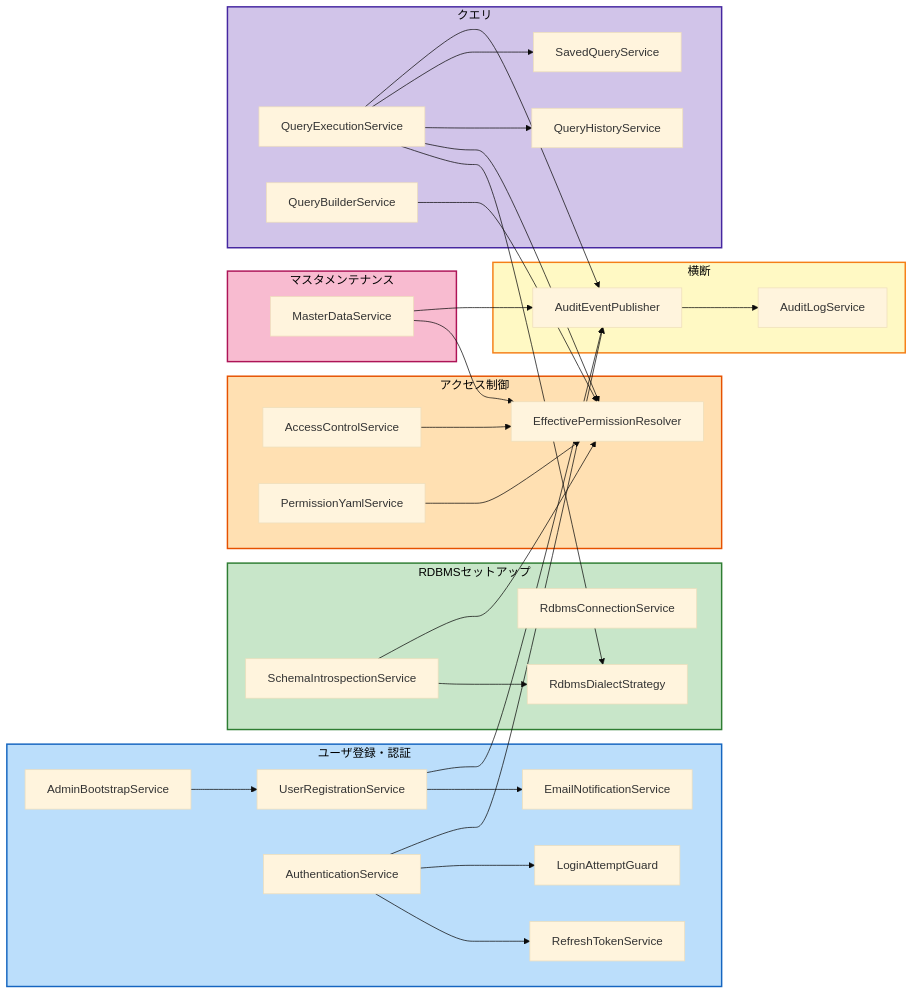
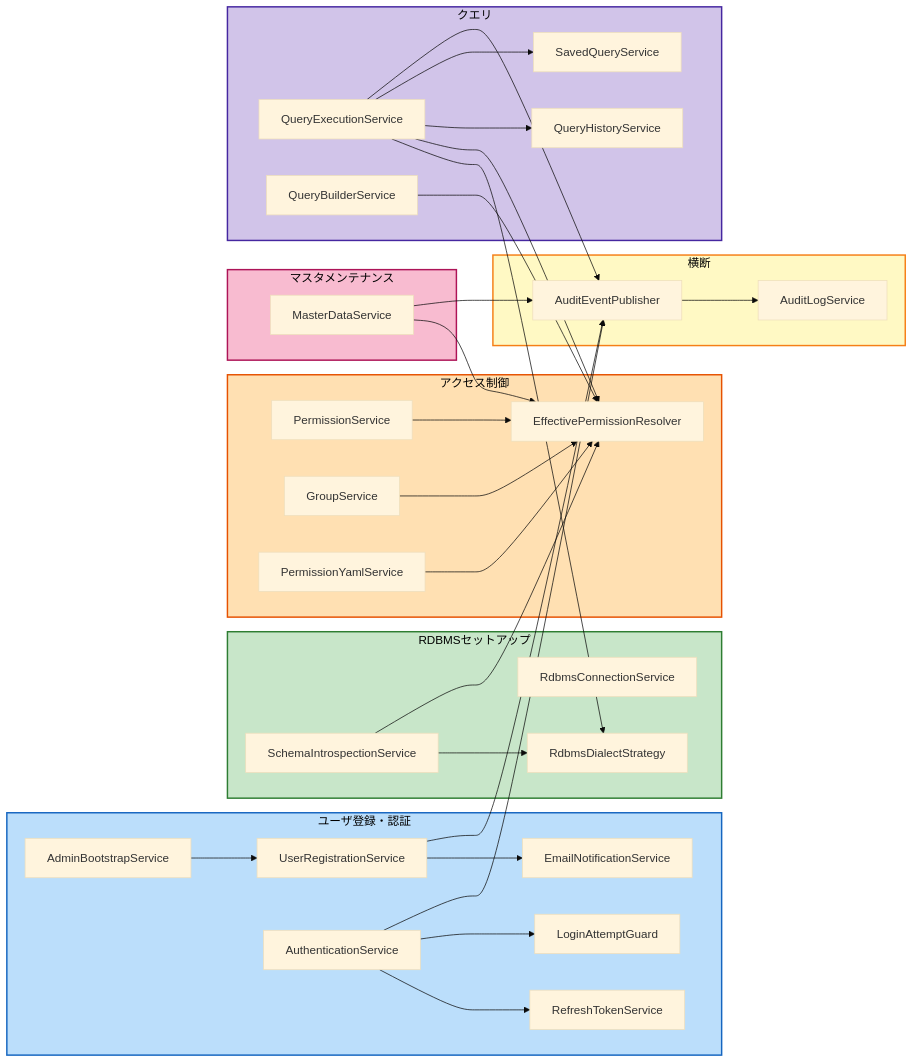
One commit to agwlvssainokuni/MasterMeister4 changed the diagram in aidlc-docs/inception/application-design/component-dependency.md. Above: the diagram before and after it, drawn with Mermaid (base theme). The commit also changed other lines of this file and 12 other files, not shown here.

First line of the commit message:
UNIT-04 NFR Design: AccessControlService→PermissionServiceに改称

````diff
--- a/aidlc-docs/inception/application-design/component-dependency.md
+++ b/aidlc-docs/inception/application-design/component-dependency.md
@@ -35,66 +35,68 @@
 ```mermaid
 flowchart LR
     subgraph AUTH["ユーザ登録・認証"]
         C01["UserRegistrationService"]
         C02["AdminBootstrapService"]
         C03["AuthenticationService"]
         C04["RefreshTokenService"]
         C05["LoginAttemptGuard"]
         C06["EmailNotificationService"]
     end
 
     subgraph RDBMS["RDBMSセットアップ"]
         C07["RdbmsConnectionService"]
         C08["SchemaIntrospectionService"]
         C09["RdbmsDialectStrategy"]
     end
 
     subgraph ACCESS["アクセス制御"]
-        C10["AccessControlService"]
+        C10["PermissionService"]
+        C10B["GroupService"]
         C11["EffectivePermissionResolver"]
         C12["PermissionYamlService"]
     end
 
     subgraph DATA["マスタメンテナンス"]
         C13["MasterDataService"]
     end
 
     subgraph QUERY["クエリ"]
         C14["QueryExecutionService"]
         C15["SavedQueryService"]
         C16["QueryBuilderService"]
         C17["QueryHistoryService"]
     end
 
     subgraph CROSS["横断"]
         C18["AuditLogService"]
         C19["AuditEventPublisher"]
     end
 
     C01 --> C06
     C01 --> C19
     C02 --> C01
     C03 --> C04
     C03 --> C05
     C03 --> C19
     C08 --> C09
     C08 --> C11
     C10 --> C11
+    C10B --> C11
     C12 --> C11
     C13 --> C11
     C13 --> C19
     C14 --> C09
     C14 --> C11
     C14 --> C17
     C14 --> C15
     C14 --> C19
     C16 --> C11
     C19 --> C18
 
     style AUTH fill:#BBDEFB,stroke:#1565C0,stroke-width:2px,color:#000
     style RDBMS fill:#C8E6C9,stroke:#2E7D32,stroke-width:2px,color:#000
     style ACCESS fill:#FFE0B2,stroke:#E65100,stroke-width:2px,color:#000
     style DATA fill:#F8BBD0,stroke:#AD1457,stroke-width:2px,color:#000
     style QUERY fill:#D1C4E9,stroke:#4527A0,stroke-width:2px,color:#000
     style CROSS fill:#FFF9C4,stroke:#F57F17,stroke-width:2px,color:#000
 ```
````
